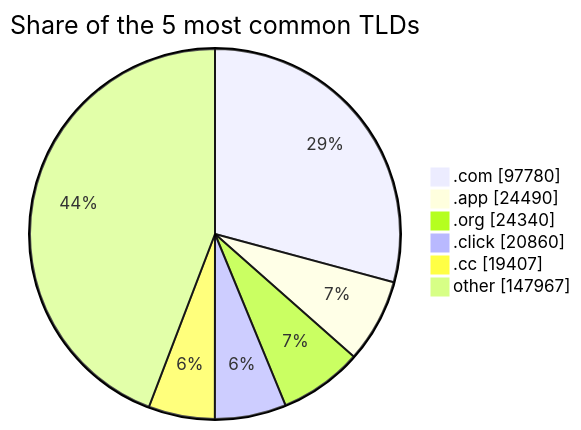
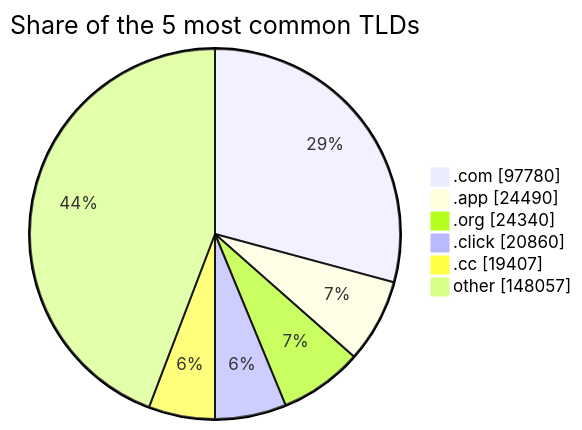
One commit to DNSBunker/CTI changed the third of 3 diagrams in README.md. Above: the diagram before and after it, drawn with Mermaid. The commit also changed other lines of this file and 4 other files, not shown here.

````diff
--- a/README.md
+++ b/README.md
@@ -81,9 +81,9 @@
 ```mermaid
 pie showData title Share of the 5 most common TLDs
     ".com" : 97780
     ".app" : 24490
     ".org" : 24340
     ".click" : 20860
     ".cc" : 19407
-    "other" : 147967
+    "other" : 148057
 ```
````
